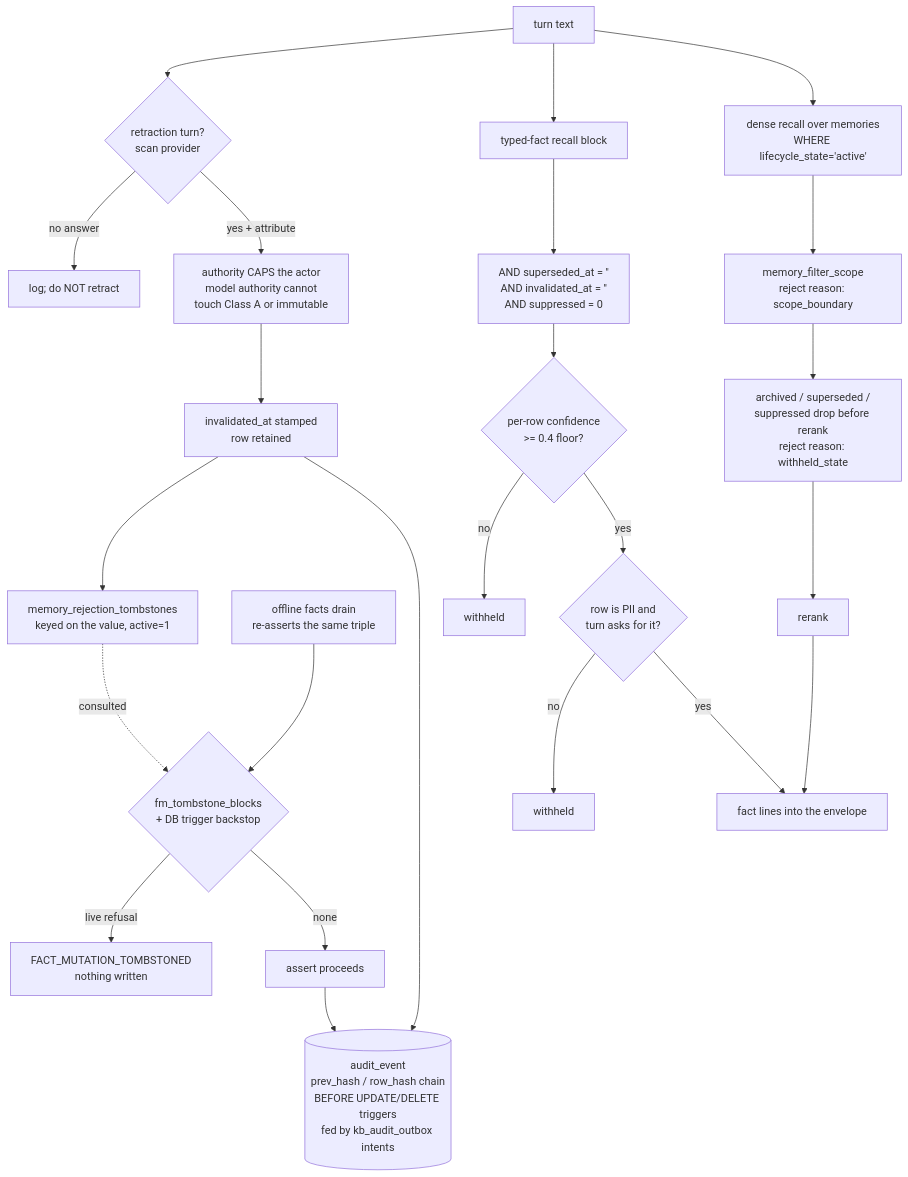
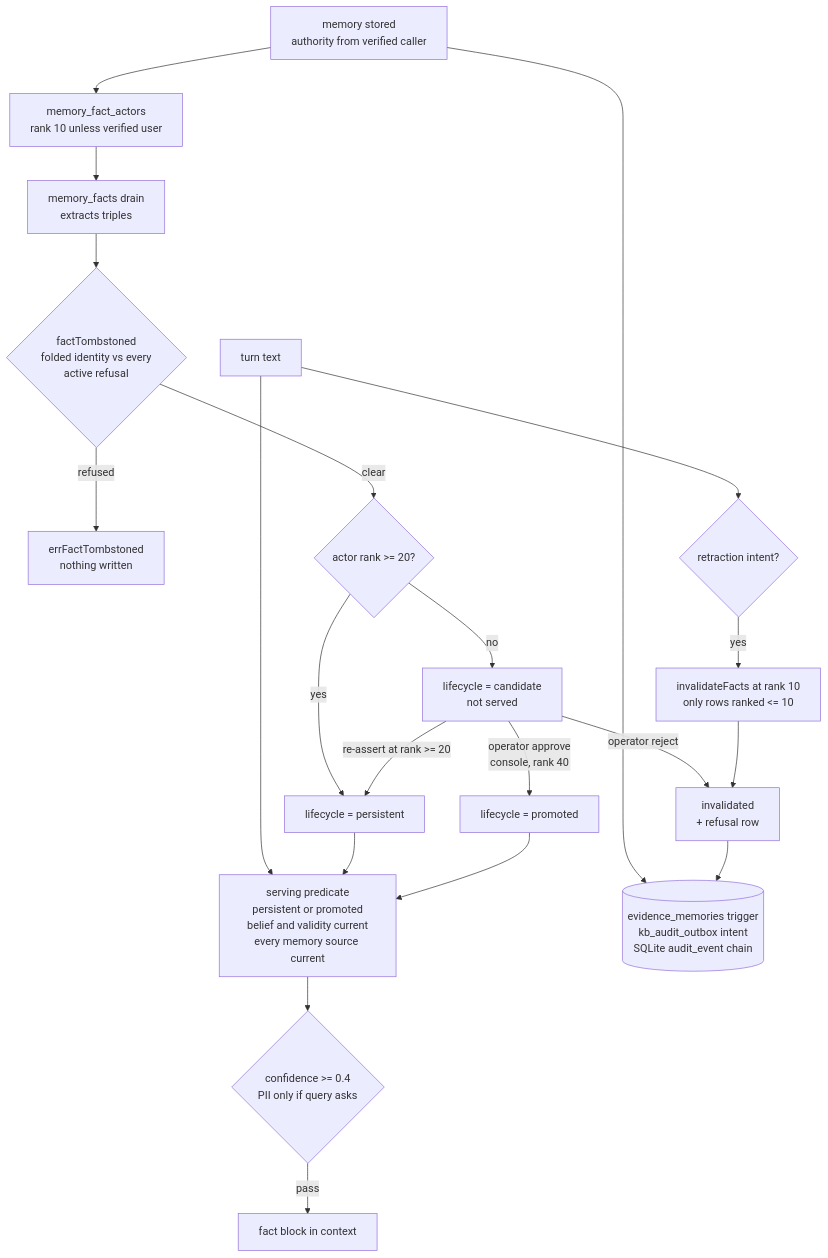
Before and after one commit to neoneye/agent-memory-atlas: the diagram in content/systems/aimee.md, drawn with Mermaid. The commit also changed other lines of this file and 13 other files, not shown here.

````diff
--- a/content/systems/aimee.md
+++ b/content/systems/aimee.md
@@ -151,32 +79,26 @@
 ```mermaid
 flowchart TD
-%% caption: a turn takes two recall paths that gate differently — the typed-fact block on per-row confidence and PII sensitivity, the episodic path on scope then lifecycle — while retraction, the value-keyed refusal it can install, and the audit trigger run down the write side
-    TURN["turn text"] --> RET{"retraction turn?<br/>scan provider"}
-    RET -->|"no answer"| SKIP["log; do NOT retract"]
-    RET -->|"yes + attribute"| CAP["authority CAPS the actor<br/>model authority cannot<br/>touch Class A or immutable"]
-    CAP --> INV["invalidated_at stamped<br/>row retained"]
-    INV --> TOMB["memory_rejection_tombstones<br/>keyed on the value, active=1"]
+%% caption: authority decides whether a fact is served — a model-authored fact waits as a candidate that only an operator verb or a higher rank clears, every writer consults the value-keyed refusal first, and every memory mutation reaches the WORM chain in its own transaction
+    STORE["memory stored<br/>authority from verified caller"] --> ACT["memory_fact_actors<br/>rank 10 unless verified user"]
+    ACT --> DRAIN["memory_facts drain<br/>extracts triples"]
+    DRAIN --> TOMB{"factTombstoned<br/>folded identity vs every<br/>active refusal"}
+    TOMB -->|"refused"| STOP["errFactTombstoned<br/>nothing written"]
+    TOMB -->|"clear"| RANK{"actor rank >= 20?"}
+    RANK -->|"no"| CAND["lifecycle = candidate<br/>not served"]
+    RANK -->|"yes"| PERS["lifecycle = persistent"]
+    CAND -->|"operator approve<br/>console, rank 40"| PROM["lifecycle = promoted"]
+    CAND -->|"operator reject"| INV["invalidated<br/>+ refusal row"]
+    CAND -->|"re-assert at rank >= 20"| PERS
+
+    TURN["turn text"] --> RETR{"retraction intent?"}
+    RETR -->|"yes"| CAP["invalidateFacts at rank 10<br/>only rows ranked <= 10"]
+    CAP --> INV
+    TURN --> SERVE["serving predicate<br/>persistent or promoted<br/>belief and validity current<br/>every memory source current"]
+    PERS --> SERVE
+    PROM --> SERVE
+    SERVE --> GATE{"confidence >= 0.4<br/>PII only if query asks"}
+    GATE -->|"pass"| BLOCK["fact block in context"]
+
+    STORE --> WORM[("evidence_memories trigger<br/>kb_audit_outbox intent<br/>SQLite audit_event chain")]
     INV --> WORM
-
-    EXTRACT["offline facts drain<br/>re-asserts the same triple"] --> TSCHECK{"fm_tombstone_blocks<br/>+ DB trigger backstop"}
-    TSCHECK -->|"live refusal"| REFUSE["FACT_MUTATION_TOMBSTONED<br/>nothing written"]
-    TSCHECK -->|"none"| ADMIT["assert proceeds"]
-    TOMB -.->|"consulted"| TSCHECK
-    ADMIT --> WORM
-
-    TURN --> FR["typed-fact recall block"]
-    FR --> EX["AND superseded_at = ''<br/>AND invalidated_at = ''<br/>AND suppressed = 0"]
-    EX --> FLOOR{"per-row confidence<br/>>= 0.4 floor?"}
-    FLOOR -->|"no"| DROP1["withheld"]
-    FLOOR -->|"yes"| PII{"row is PII and<br/>turn asks for it?"}
-    PII -->|"no"| DROP2["withheld"]
-    PII -->|"yes"| BLOCK["fact lines into the envelope"]
-
-    TURN --> VEC["dense recall over memories<br/>WHERE lifecycle_state='active'"]
-    VEC --> SCOPE["memory_filter_scope<br/>reject reason: scope_boundary"]
-    SCOPE --> LIFE["archived / superseded /<br/>suppressed drop before rerank<br/>reject reason: withheld_state"]
-    LIFE --> RERANK["rerank"]
-    RERANK --> BLOCK
-
-    WORM[("audit_event<br/>prev_hash / row_hash chain<br/>BEFORE UPDATE/DELETE triggers<br/>fed by kb_audit_outbox intents")]
 ```
````
